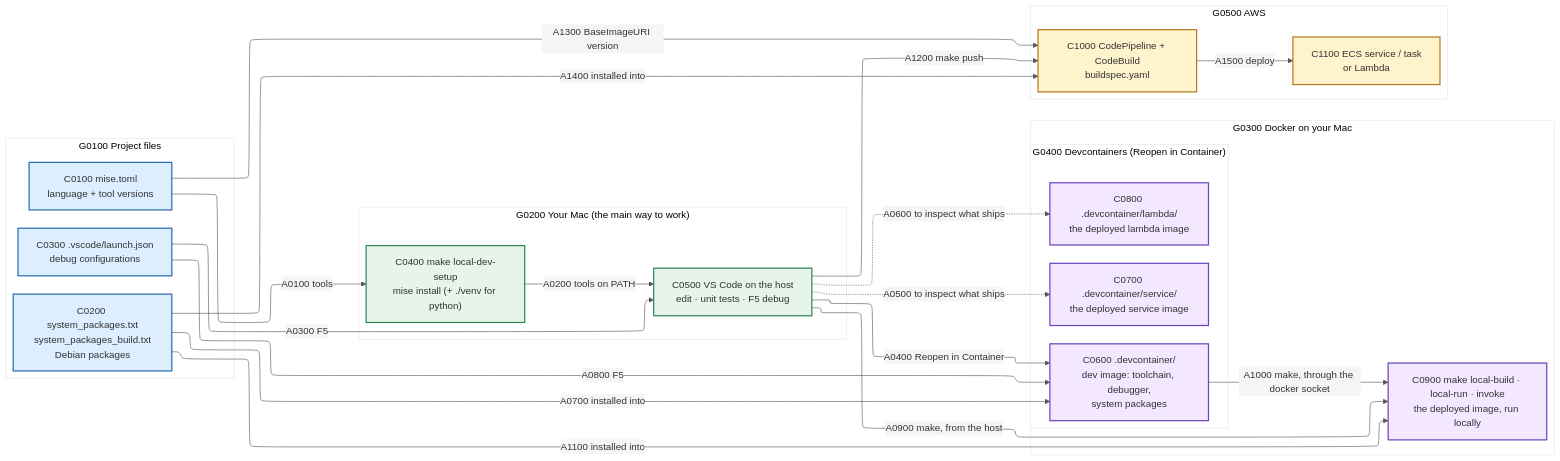
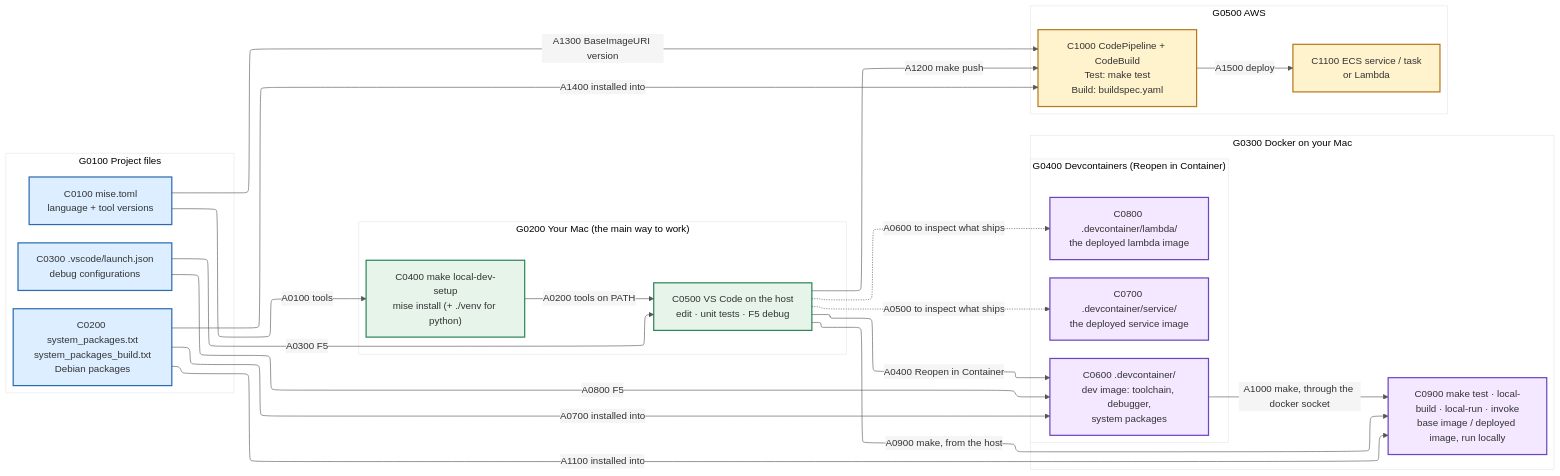
One commit to cagataygoncu/_aws_template changed the diagram in _base/docs/development_environments.mmd. Above: the diagram before and after it, drawn with Mermaid. The commit also changed 25 other files, not shown here.

First line of the commit message:
feat: make test, and a pipeline test stage that works for every language

```diff
--- a/_base/docs/development_environments.mmd
+++ b/_base/docs/development_environments.mmd
@@ -1,65 +1,65 @@
 ---
 config:
   layout: elk
   theme: base
   fontFamily: Helvetica, Arial, sans-serif
   themeVariables:
     fontSize: 16px
     primaryColor: "#f5f5f5"
     primaryBorderColor: "#7a7a7a"
     lineColor: "#555555"
 ---
 flowchart LR
 
   %% Where the code runs while you develop, and what sets each place up.
 
   subgraph G0100["G0100 Project files"]
     C0100["C0100 mise.toml<br/>language + tool versions"]
     C0200["C0200 system_packages.txt<br/>system_packages_build.txt<br/>Debian packages"]
     C0300["C0300 .vscode/launch.json<br/>debug configurations"]
   end
 
   subgraph G0200["G0200 Your Mac (the main way to work)"]
     C0400["C0400 make local-dev-setup<br/>mise install (+ ./venv for python)"]
     C0500["C0500 VS Code on the host<br/>edit · unit tests · F5 debug"]
   end
 
   subgraph G0300["G0300 Docker on your Mac"]
     subgraph G0400["G0400 Devcontainers (Reopen in Container)"]
       C0600["C0600 .devcontainer/<br/>dev image: toolchain, debugger,<br/>system packages"]
       C0700["C0700 .devcontainer/service/<br/>the deployed service image"]
       C0800["C0800 .devcontainer/lambda/<br/>the deployed lambda image"]
     end
-    C0900["C0900 make local-build · local-run · invoke<br/>the deployed image, run locally"]
+    C0900["C0900 make test · local-build · local-run · invoke<br/>base image / deployed image, run locally"]
   end
 
   subgraph G0500["G0500 AWS"]
-    C1000["C1000 CodePipeline + CodeBuild<br/>buildspec.yaml"]
+    C1000["C1000 CodePipeline + CodeBuild<br/>Test: make test<br/>Build: buildspec.yaml"]
     C1100["C1100 ECS service / task<br/>or Lambda"]
   end
 
   C0100 -- "A0100 tools" --> C0400
   C0400 -- "A0200 tools on PATH" --> C0500
   C0300 -- "A0300 F5" --> C0500
   C0500 -- "A0400 Reopen in Container" --> C0600
   C0500 -. "A0500 to inspect what ships" .-> C0700
   C0500 -. "A0600 to inspect what ships" .-> C0800
   C0200 -- "A0700 installed into" --> C0600
   C0300 -- "A0800 F5" --> C0600
   C0500 -- "A0900 make, from the host" --> C0900
   C0600 -- "A1000 make, through the docker socket" --> C0900
   C0200 -- "A1100 installed into" --> C0900
   C0500 -- "A1200 make push" --> C1000
   C0100 -- "A1300 BaseImageURI version" --> C1000
   C0200 -- "A1400 installed into" --> C1000
   C1000 -- "A1500 deploy" --> C1100
 
   classDef config fill:#dceeff,stroke:#2b6cb0,stroke-width:2px
   classDef host fill:#e6f4ea,stroke:#2f855a,stroke-width:2px
   classDef container fill:#f3e8ff,stroke:#6b46c1,stroke-width:2px
   classDef aws fill:#fff3cd,stroke:#b7791f,stroke-width:2px
 
   class C0100,C0200,C0300 config
   class C0400,C0500 host
   class C0600,C0700,C0800,C0900 container
   class C1000,C1100 aws
```
